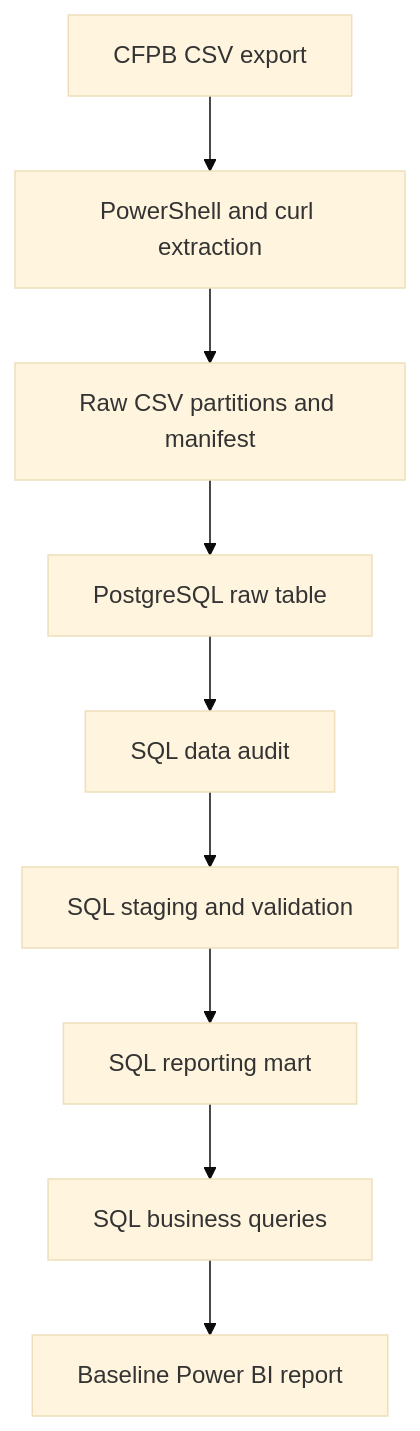
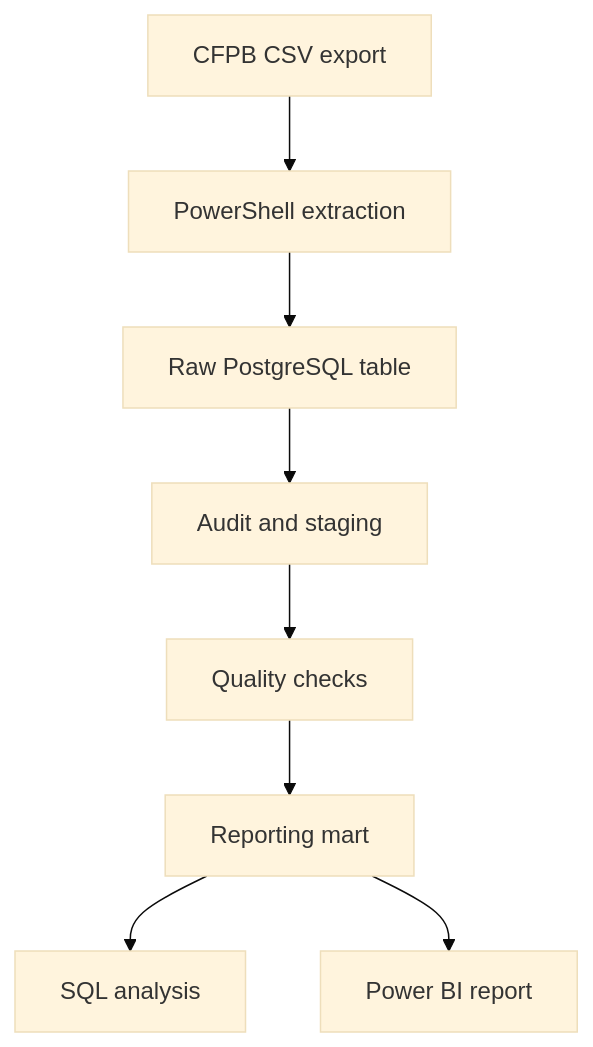
One commit to valentinarias-dtsc/financial-complaints-analytics changed the diagram in README.md. Above: the diagram before and after it, drawn with Mermaid (base theme). The commit also changed other lines of this file and 4 other files, not shown here.

````diff
--- a/README.md
+++ b/README.md
@@ -63,11 +84,10 @@
 ```mermaid
 flowchart TD
-    A[CFPB CSV export] --> B[PowerShell and curl extraction]
-    B --> C[Raw CSV partitions and manifest]
-    C --> D[PostgreSQL raw table]
-    D --> E[SQL data audit]
-    E --> F[SQL staging and validation]
-    F --> G[SQL reporting mart]
-    G --> H[SQL business queries]
-    H --> I[Baseline Power BI report]
+    A[CFPB CSV export] --> B[PowerShell extraction]
+    B --> C[Raw PostgreSQL table]
+    C --> D[Audit and staging]
+    D --> E[Quality checks]
+    E --> F[Reporting mart]
+    F --> G[SQL analysis]
+    F --> H[Power BI report]
 ```
````
